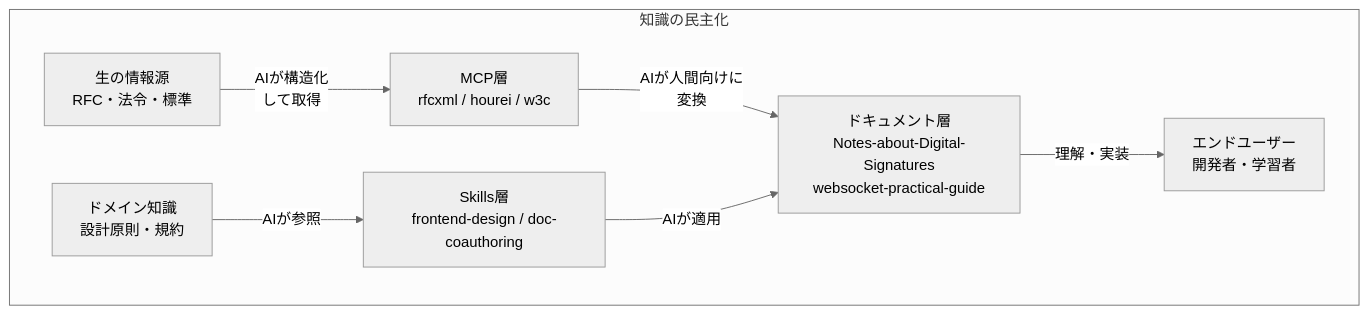
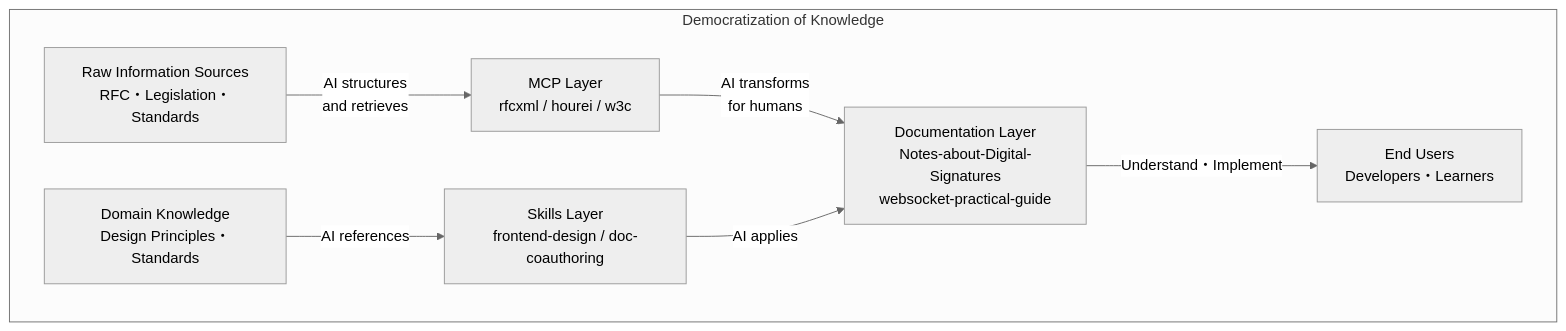
Before and after one commit to shuji-bonji/ai-agent-architecture: the third of 3 diagrams in docs/concepts/01-vision.md, drawn with Mermaid (neutral theme). The commit also changed other lines of this file and 42 other files, not shown here.

````diff
--- a/docs/concepts/01-vision.md
+++ b/docs/concepts/01-vision.md
@@ -187,17 +191,17 @@
 ```mermaid
 graph TB
-    subgraph 知識の民主化
-        RAW[生の情報源<br/>RFC・法令・標準]
-        DOMAIN[ドメイン知識<br/>設計原則・規約]
-        MCP[MCP層<br/>rfcxml / hourei / w3c]
-        SKILLS[Skills層<br/>frontend-design / doc-coauthoring]
-        DOC[ドキュメント層<br/>Notes-about-Digital-Signatures<br/>websocket-practical-guide]
-        USER[エンドユーザー<br/>開発者・学習者]
+    subgraph Democratization of Knowledge
+        RAW[Raw Information Sources<br/>RFC・Legislation・Standards]
+        DOMAIN[Domain Knowledge<br/>Design Principles・Standards]
+        MCP[MCP Layer<br/>rfcxml / hourei / w3c]
+        SKILLS[Skills Layer<br/>frontend-design / doc-coauthoring]
+        DOC[Documentation Layer<br/>Notes-about-Digital-Signatures<br/>websocket-practical-guide]
+        USER[End Users<br/>Developers・Learners]
 
-        RAW -->|"AIが構造化<br/>して取得"| MCP
-        DOMAIN -->|"AIが参照"| SKILLS
-        MCP -->|"AIが人間向けに<br/>変換"| DOC
-        SKILLS -->|"AIが適用"| DOC
-        DOC -->|"理解・実装"| USER
+        RAW -->|"AI structures<br/>and retrieves"| MCP
+        DOMAIN -->|"AI references"| SKILLS
+        MCP -->|"AI transforms<br/>for humans"| DOC
+        SKILLS -->|"AI applies"| DOC
+        DOC -->|"Understand・Implement"| USER
     end
 ```
````
